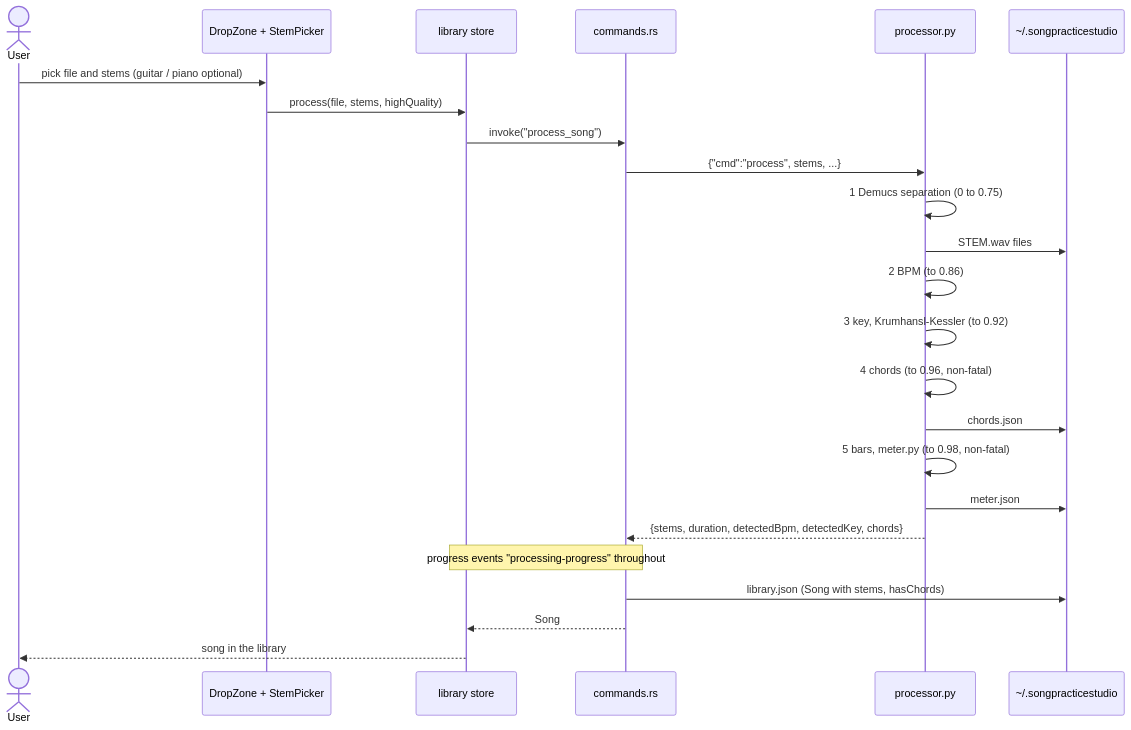
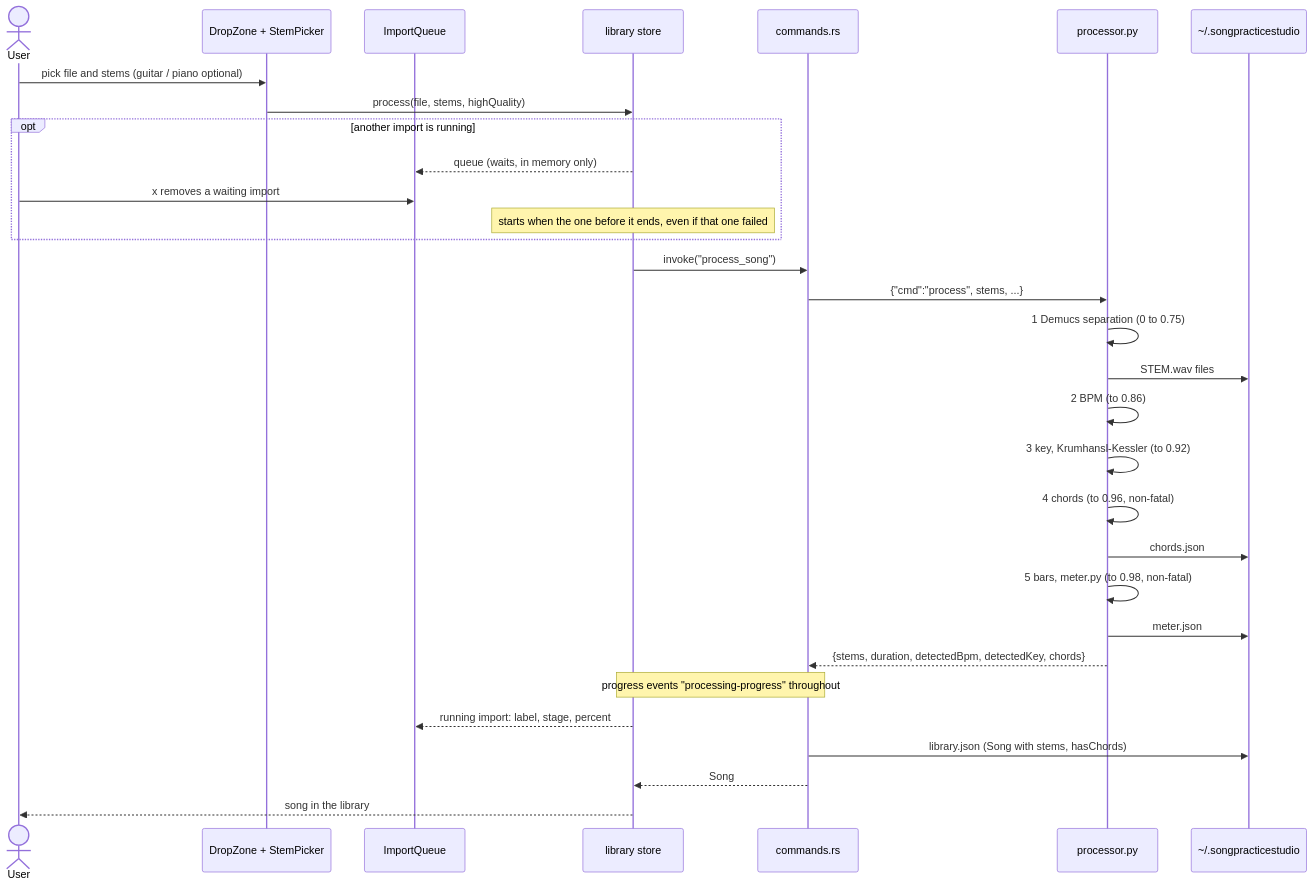
Diagram 11 of 16 in wiki/uml.md (giamat90/SongPracticeStudio), drawn with Mermaid before and after one commit. The commit also changed 8 other files, not shown here.

````diff
--- a/wiki/uml.md
+++ b/wiki/uml.md
@@ -489,27 +489,34 @@
 ```mermaid
 sequenceDiagram
     actor U as User
     participant DZ as DropZone + StemPicker
+    participant IQ as ImportQueue
     participant LS as library store
     participant R as commands.rs
     participant P as processor.py
     participant FS as ~/.songpracticestudio
 
     U->>DZ: pick file and stems (guitar / piano optional)
     DZ->>LS: process(file, stems, highQuality)
+    opt another import is running
+        LS-->>IQ: queue (waits, in memory only)
+        U->>IQ: x removes a waiting import
+        Note over LS: starts when the one before it ends, even if that one failed
+    end
     LS->>R: invoke("process_song")
     R->>P: {"cmd":"process", stems, ...}
     P->>P: 1 Demucs separation (0 to 0.75)
     P->>FS: STEM.wav files
     P->>P: 2 BPM (to 0.86)
     P->>P: 3 key, Krumhansl-Kessler (to 0.92)
     P->>P: 4 chords (to 0.96, non-fatal)
     P->>FS: chords.json
     P->>P: 5 bars, meter.py (to 0.98, non-fatal)
     P->>FS: meter.json
     P-->>R: {stems, duration, detectedBpm, detectedKey, chords}
     Note over R,LS: progress events "processing-progress" throughout
+    LS-->>IQ: running import: label, stage, percent
     R->>FS: library.json (Song with stems, hasChords)
     R-->>LS: Song
     LS-->>U: song in the library
 ```
````
